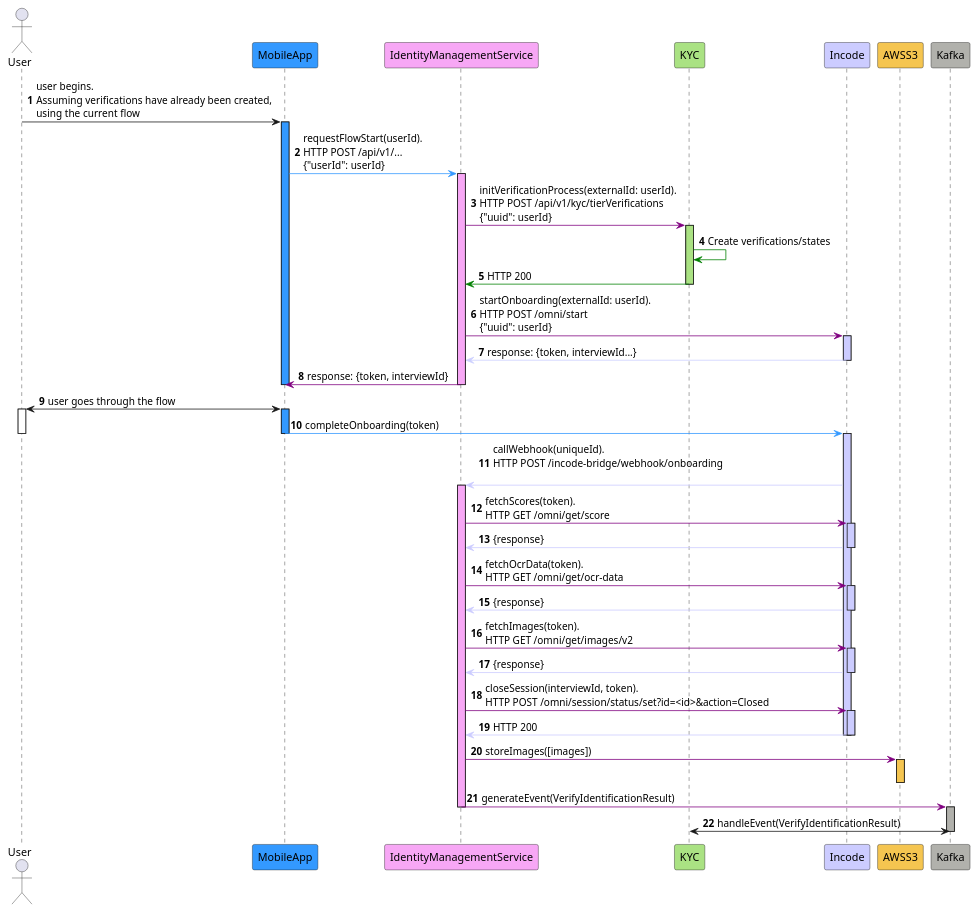
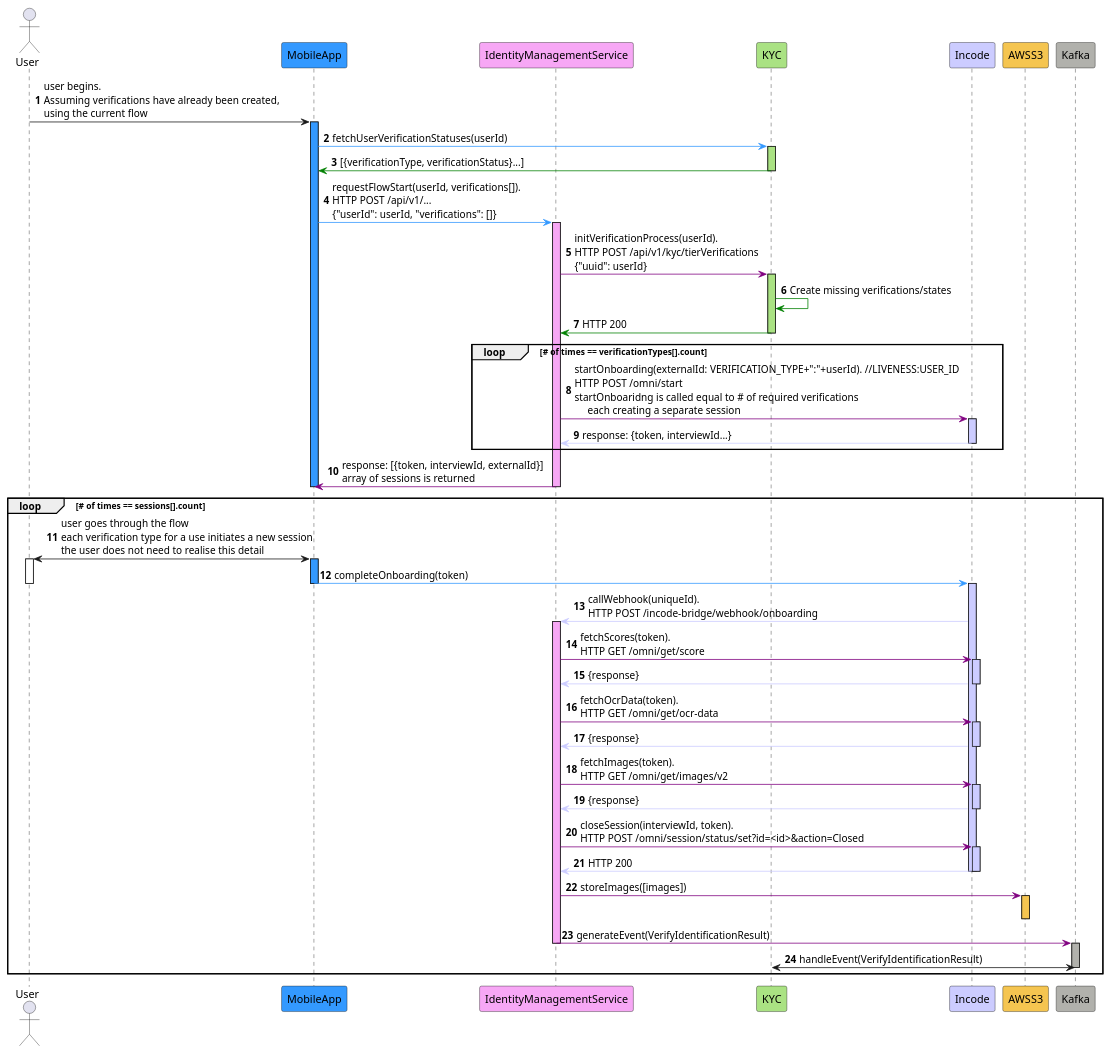
The diagram in spring-boot-sandbox/incode-integration-sequence-diagram.puml (asadsukkurwala-klar/incode-integration-testing-code), drawn with PlantUML before and after one commit.

Commit message:
updated sequence diagram

```diff
--- a/spring-boot-sandbox/incode-integration-sequence-diagram.puml
+++ b/spring-boot-sandbox/incode-integration-sequence-diagram.puml
@@ -1,65 +1,73 @@
 @startuml
 'https://plantuml.com/sequence-diagram
 
 autonumber
 
 actor       User as user
 participant    MobileApp    as app #3399ff
 participant     IdentityManagementService      as ims #F7a7f5
 participant     "KYC"     as kyc #Aae283
 participant     Incode      as incodeexternal #ccccff
 participant     AWSS3      as awss3 #F5c550
 participant     Kafka      as kafka #B1b1ac
 user -> app : user begins. \nAssuming verifications have already been created,\nusing the current flow
 activate app #3399ff
-app  [#3399ff]-> ims : requestFlowStart(userId).\nHTTP POST /api/v1/...\n{"userId": userId}
+app  [#3399ff]-> kyc : fetchUserVerificationStatuses(userId)
+activate kyc #Aae283
+kyc [#green]-> app : [{verificationType, verificationStatus}...]
+deactivate kyc
+app  [#3399ff]-> ims : requestFlowStart(userId, verifications[]).\nHTTP POST /api/v1/...\n{"userId": userId, "verifications": []}
 activate ims #F7a7f5
 '@ims   [#purple]-> ims : saveFlowState(userId).
-ims [#purple]-> kyc : initVerificationProcess(externalId: userId).\nHTTP POST /api/v1/kyc/tierVerifications\n{"uuid": userId}
+ims [#purple]-> kyc : initVerificationProcess(userId).\nHTTP POST /api/v1/kyc/tierVerifications\n{"uuid": userId}
 activate kyc #Aae283
-kyc [#green]-> kyc : Create verifications/states
+kyc [#green]-> kyc : Create missing verifications/states
 kyc [#green]-> ims : HTTP 200
 deactivate kyc
-ims [#purple]-> incodeexternal : startOnboarding(externalId: userId).\nHTTP POST /omni/start\n{"uuid": userId}
-activate incodeexternal #ccccff
-incodeexternal [#cccfff]-> ims : response: {token, interviewId...}
-deactivate incodeexternal
-ims [#purple]-> app : response: {token, interviewId}
+loop # of times == verificationTypes[].count
+    ims [#purple]-> incodeexternal : startOnboarding(externalId: VERIFICATION_TYPE+":"+userId). //LIVENESS:USER_ID\nHTTP POST /omni/start\nstartOnboaridng is called equal to # of required verifications\n     each creating a separate session
+    activate incodeexternal #ccccff
+    incodeexternal [#cccfff]-> ims : response: {token, interviewId...}
+    deactivate incodeexternal
+end
+ims [#purple]-> app : response: [{token, interviewId, externalId}]\narray of sessions is returned
 deactivate ims
 deactivate app
-user <-> app : user goes through the flow
-activate user
-activate app #3399ff
-app [#3399ff]-> incodeexternal : completeOnboarding(token)
-deactivate user
-deactivate app
-activate incodeexternal #ccccff
-incodeexternal [#ccccff]-> ims : callWebhook(uniqueId).\nHTTP POST /incode-bridge/webhook/onboarding\n
-activate ims #F7a7f5
-ims [#purple]-> incodeexternal : fetchScores(token).\nHTTP GET /omni/get/score
-activate incodeexternal #ccccff
-incodeexternal [#ccccff]-> ims : {response}
-deactivate incodeexternal
-ims [#purple]-> incodeexternal : fetchOcrData(token).\nHTTP GET /omni/get/ocr-data
-activate incodeexternal #ccccff
-incodeexternal [#ccccff]-> ims : {response}
-deactivate incodeexternal
-ims [#purple]-> incodeexternal : fetchImages(token).\nHTTP GET /omni/get/images/v2
-activate incodeexternal #ccccff
-incodeexternal [#ccccff]-> ims : {response}
-deactivate incodeexternal
-ims [#purple]-> incodeexternal : closeSession(interviewId, token).\nHTTP POST /omni/session/status/set?id=<id>&action=Closed
-activate incodeexternal #ccccff
-incodeexternal [#ccccff]-> ims : HTTP 200
-deactivate incodeexternal
-deactivate incodeexternal
-ims [#purple]-> awss3 : storeImages([images])
-activate awss3 #F5c550
-deactivate awss3
-ims [#purple]-> kafka : generateEvent(VerifyIdentificationResult)
-deactivate ims
-deactivate kyc
-activate kafka #B1b1ac
-kyc <-> kafka : handleEvent(VerifyIdentificationResult)
-deactivate kafka
+loop # of times == sessions[].count
+    user <-> app : user goes through the flow\neach verification type for a use initiates a new session\nthe user does not need to realise this detail
+    activate user
+    activate app #3399ff
+    app [#3399ff]-> incodeexternal : completeOnboarding(token)
+    deactivate user
+    deactivate app
+    activate incodeexternal #ccccff
+    incodeexternal [#ccccff]-> ims : callWebhook(uniqueId).\nHTTP POST /incode-bridge/webhook/onboarding
+    activate ims #F7a7f5
+    ims [#purple]-> incodeexternal : fetchScores(token).\nHTTP GET /omni/get/score
+    activate incodeexternal #ccccff
+    incodeexternal [#ccccff]-> ims : {response}
+    deactivate incodeexternal
+    ims [#purple]-> incodeexternal : fetchOcrData(token).\nHTTP GET /omni/get/ocr-data
+    activate incodeexternal #ccccff
+    incodeexternal [#ccccff]-> ims : {response}
+    deactivate incodeexternal
+    ims [#purple]-> incodeexternal : fetchImages(token).\nHTTP GET /omni/get/images/v2
+    activate incodeexternal #ccccff
+    incodeexternal [#ccccff]-> ims : {response}
+    deactivate incodeexternal
+    ims [#purple]-> incodeexternal : closeSession(interviewId, token).\nHTTP POST /omni/session/status/set?id=<id>&action=Closed
+    activate incodeexternal #ccccff
+    incodeexternal [#ccccff]-> ims : HTTP 200
+    deactivate incodeexternal
+    deactivate incodeexternal
+    ims [#purple]-> awss3 : storeImages([images])
+    activate awss3 #F5c550
+    deactivate awss3
+    ims [#purple]-> kafka : generateEvent(VerifyIdentificationResult)
+    deactivate ims
+    deactivate kyc
+    activate kafka #B1b1ac
+    kyc <-> kafka : handleEvent(VerifyIdentificationResult)
+    deactivate kafka
+end
 @enduml
```
